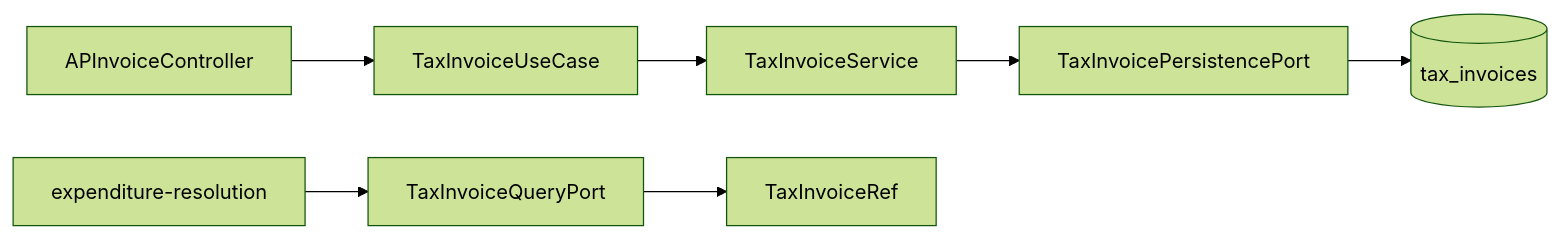
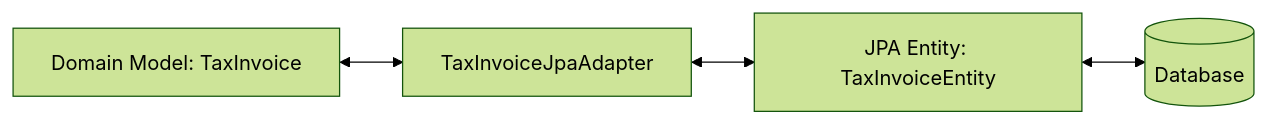
The second of 2 diagrams in tax/docs/schema.md (skyg547/account), drawn with Mermaid (forest theme) before and after one commit. The commit also changed other lines of this file and 94 other files, not shown here.

````diff
--- a/tax/docs/schema.md
+++ b/tax/docs/schema.md
@@ -38,10 +41,6 @@
 ```mermaid
 flowchart LR
-    A[APInvoiceController] --> B[TaxInvoiceUseCase]
-    B --> C[TaxInvoiceService]
-    C --> D[TaxInvoicePersistencePort]
-    D --> E[(tax_invoices)]
-
-    F[expenditure-resolution] --> G[TaxInvoiceQueryPort]
-    G --> H[TaxInvoiceRef]
+    A[Domain Model: TaxInvoice] <--> B[TaxInvoiceJpaAdapter]
+    B <--> C[JPA Entity: TaxInvoiceEntity]
+    C <--> D[(Database)]
 ```
````
